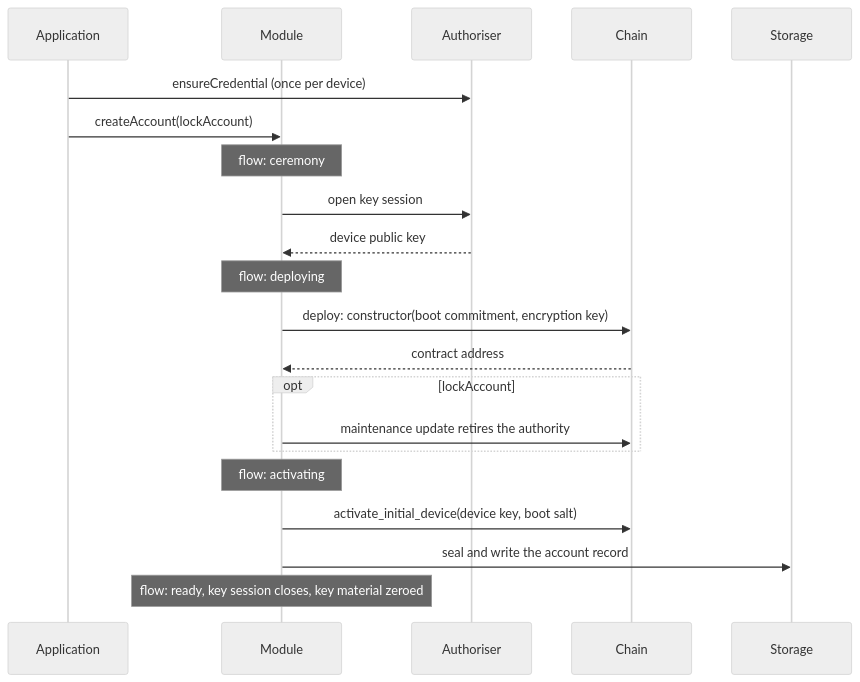
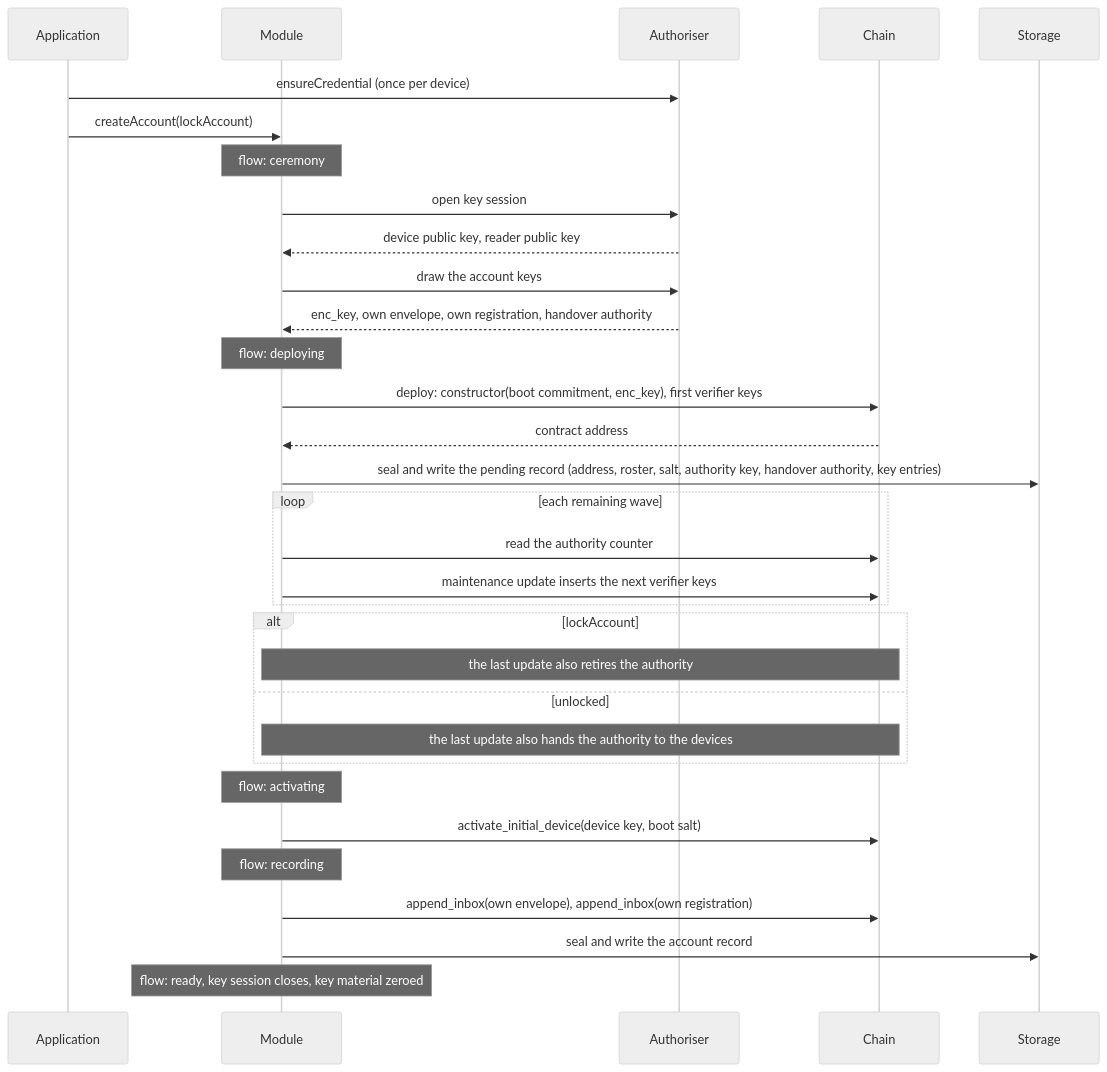
The fifth of 7 diagrams in packages/module/passport-account/README.md (input-output-hk/lace), drawn with Mermaid (neutral theme) before and after one commit. The commit also changed other lines of this file and 2361 other files, not shown here.

````diff
--- a/packages/module/passport-account/README.md
+++ b/packages/module/passport-account/README.md
@@ -269,24 +607,35 @@
 ```mermaid
 sequenceDiagram
     participant A as Application
     participant M as Module
     participant K as Authoriser
     participant C as Chain
     participant St as Storage
 
     A->>K: ensureCredential (once per device)
     A->>M: createAccount(lockAccount)
     Note over M: flow: ceremony
     M->>K: open key session
-    K-->>M: device public key
+    K-->>M: device public key, reader public key
+    M->>K: draw the account keys
+    K-->>M: enc_key, own envelope, own registration, handover authority
     Note over M: flow: deploying
-    M->>C: deploy: constructor(boot commitment, encryption key)
+    M->>C: deploy: constructor(boot commitment, enc_key), first verifier keys
     C-->>M: contract address
-    opt lockAccount
-        M->>C: maintenance update retires the authority
+    M->>St: seal and write the pending record (address, roster, salt, authority key, handover authority, key entries)
+    loop each remaining wave
+        M->>C: read the authority counter
+        M->>C: maintenance update inserts the next verifier keys
+    end
+    alt lockAccount
+        Note over M,C: the last update also retires the authority
+    else unlocked
+        Note over M,C: the last update also hands the authority to the devices
     end
     Note over M: flow: activating
     M->>C: activate_initial_device(device key, boot salt)
+    Note over M: flow: recording
+    M->>C: append_inbox(own envelope), append_inbox(own registration)
     M->>St: seal and write the account record
     Note over M: flow: ready, key session closes, key material zeroed
 ```
````
